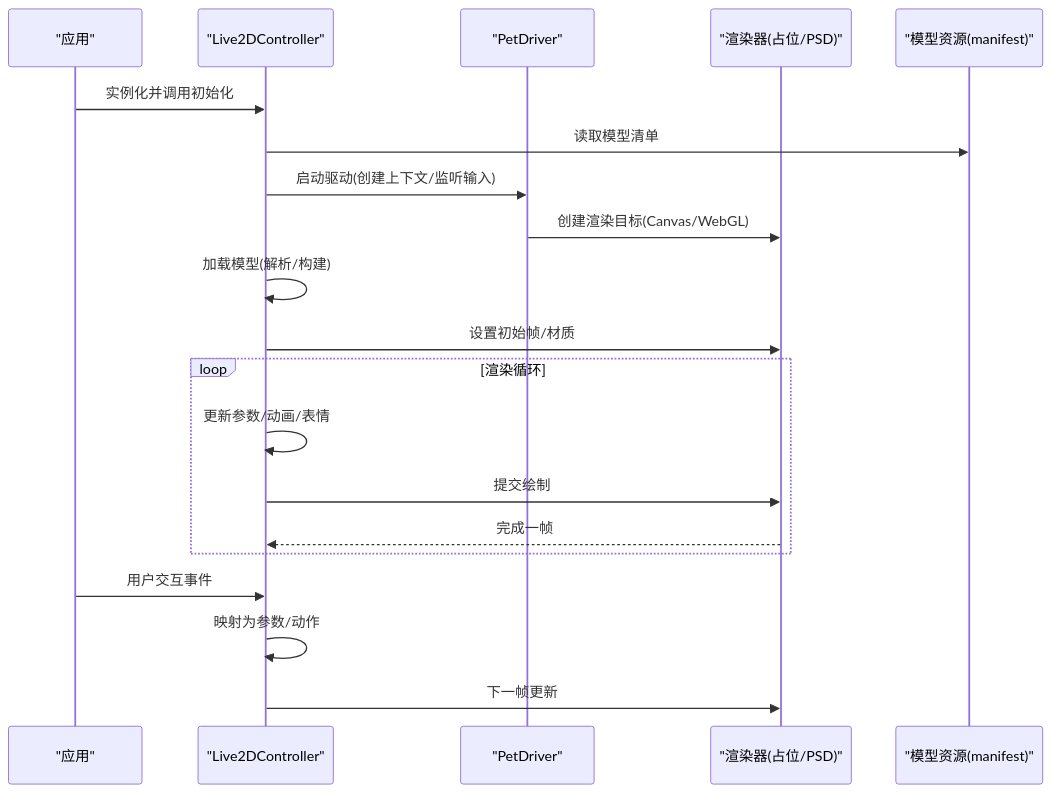
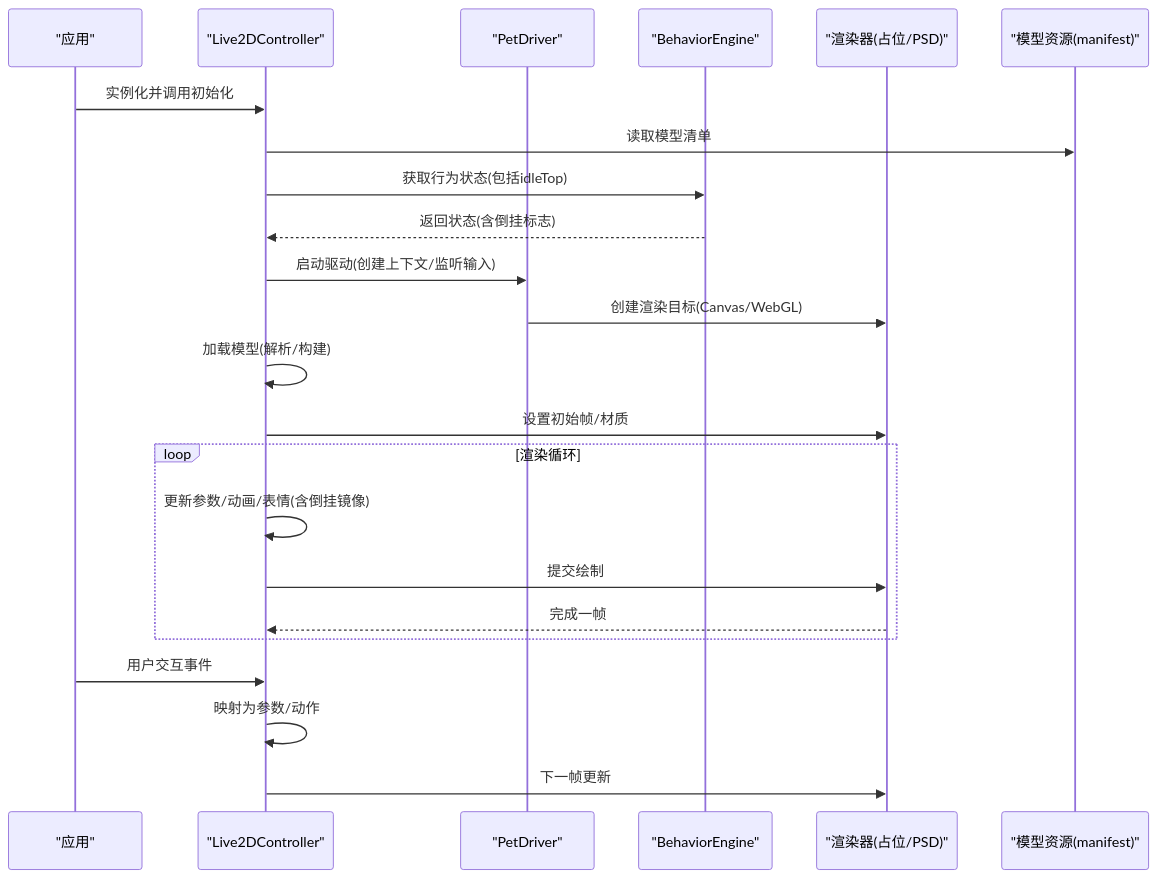
Before and after one commit to Wumiu/Petra: the second of 8 diagrams in .qoder/repowiki/zh/content/Live2D渲染系统/Live2D控制器.md, drawn with Mermaid. The commit also changed other lines of this file and 45 other files, not shown here.

````diff
--- a/.qoder/repowiki/zh/content/Live2D渲染系统/Live2D控制器.md
+++ b/.qoder/repowiki/zh/content/Live2D渲染系统/Live2D控制器.md
@@ -95,22 +102,25 @@
 ```mermaid
 sequenceDiagram
 participant App as "应用"
 participant Ctrl as "Live2DController"
 participant Drv as "PetDriver"
+participant Beh as "BehaviorEngine"
 participant Rend as "渲染器(占位/PSD)"
 participant Model as "模型资源(manifest)"
 App->>Ctrl : 实例化并调用初始化
 Ctrl->>Model : 读取模型清单
+Ctrl->>Beh : 获取行为状态(包括idleTop)
+Beh-->>Ctrl : 返回状态(含倒挂标志)
 Ctrl->>Drv : 启动驱动(创建上下文/监听输入)
 Drv->>Rend : 创建渲染目标(Canvas/WebGL)
 Ctrl->>Ctrl : 加载模型(解析/构建)
 Ctrl->>Rend : 设置初始帧/材质
 loop 渲染循环
-Ctrl->>Ctrl : 更新参数/动画/表情
+Ctrl->>Ctrl : 更新参数/动画/表情(含倒挂镜像)
 Ctrl->>Rend : 提交绘制
 Rend-->>Ctrl : 完成一帧
 end
 App->>Ctrl : 用户交互事件
 Ctrl->>Ctrl : 映射为参数/动作
 Ctrl->>Rend : 下一帧更新
 ```
````
